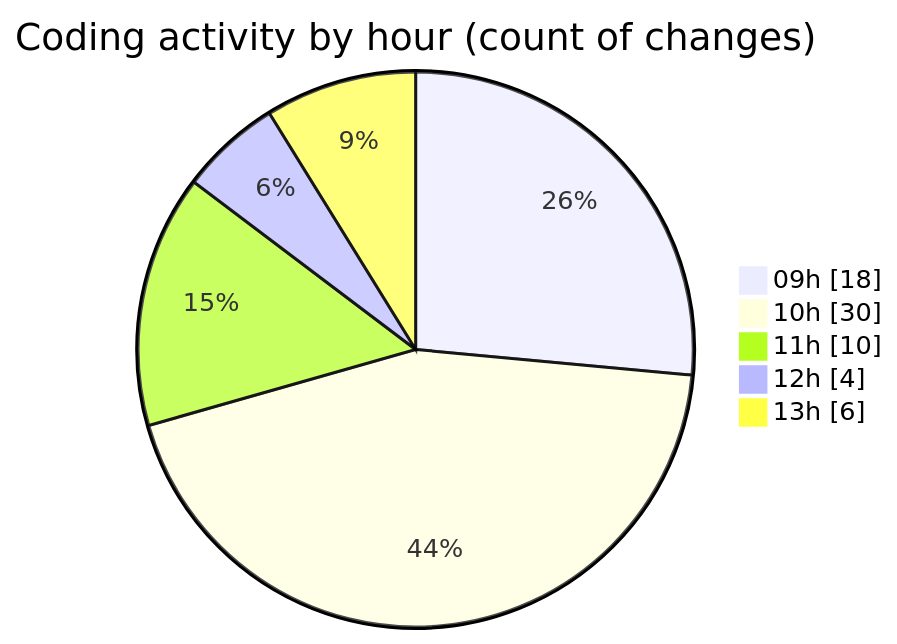
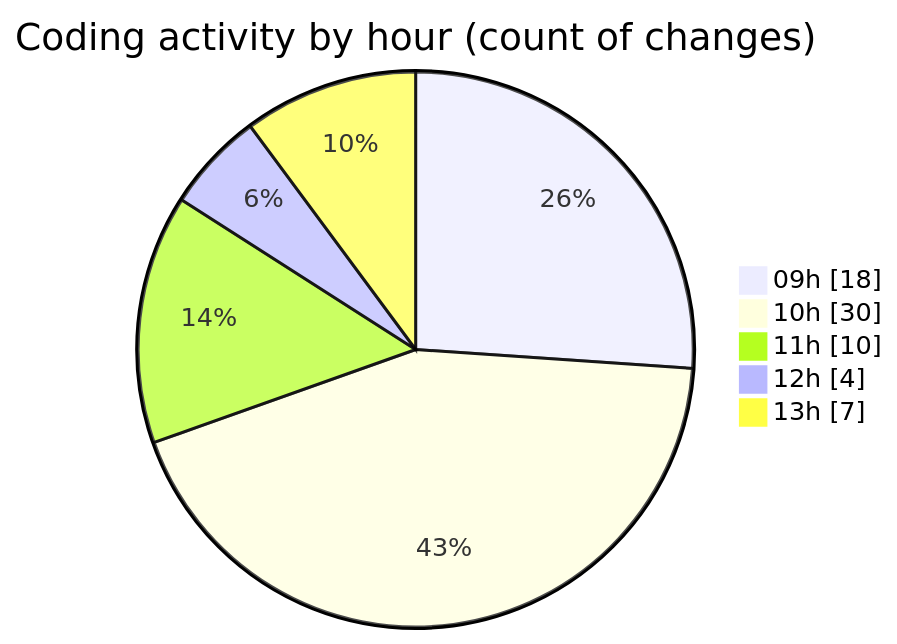
Before and after one commit to momahboobian/code-tracking: the second of 2 diagrams in 2026-09-23/cda/README.md, drawn with Mermaid. The commit also changed other lines of this file and 1 other file, not shown here.

````diff
--- a/2026-09-23/cda/README.md
+++ b/2026-09-23/cda/README.md
@@ -57,9 +57,9 @@
 ```mermaid
 pie showData
 title Coding activity by hour (count of changes)
 "09h" : 18
 "10h" : 30
 "11h" : 10
 "12h" : 4
-"13h" : 6
+"13h" : 7
 ```
````
